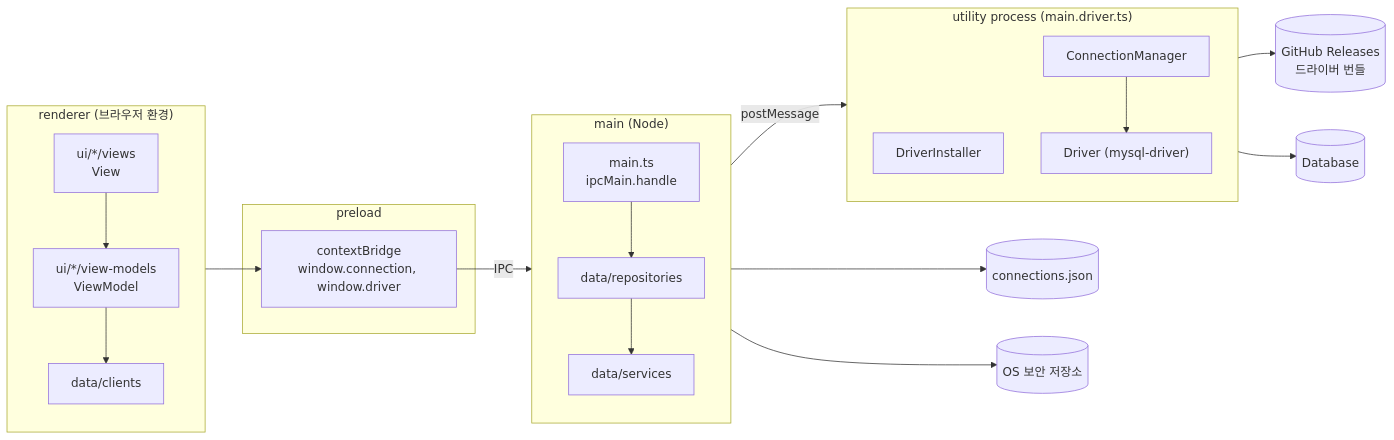
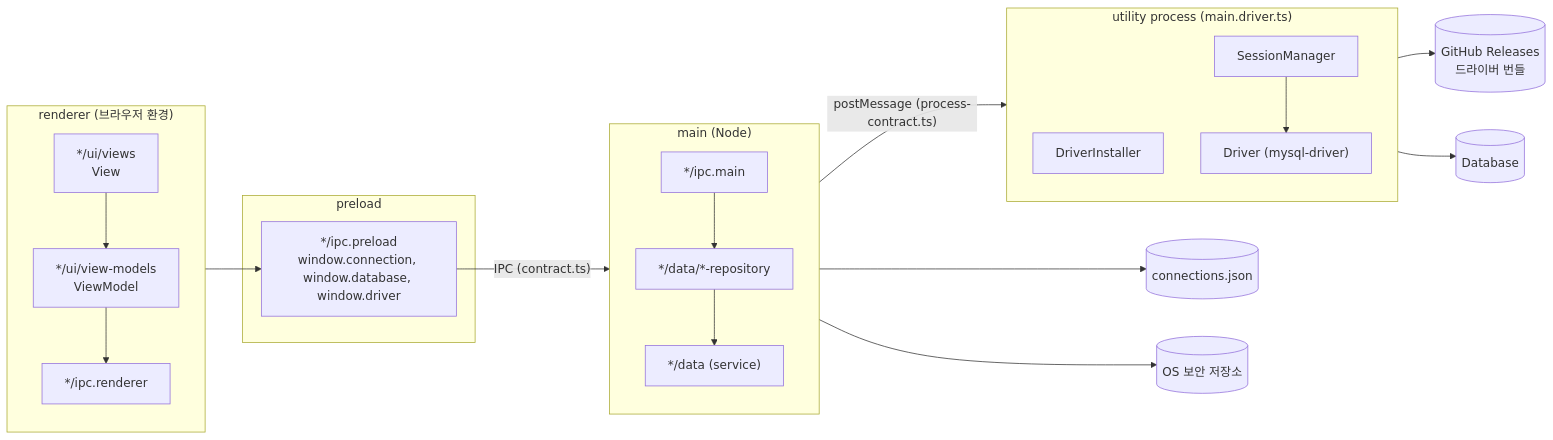
Before and after one commit to dimsssss/data-pump: the first of 3 diagrams in docs/architecture.md, drawn with Mermaid. The commit also changed other lines of this file and 101 other files, not shown here.

````diff
--- a/docs/architecture.md
+++ b/docs/architecture.md
@@ -25,33 +35,33 @@
 ```mermaid
 flowchart LR
   subgraph R["renderer (브라우저 환경)"]
     direction TB
-    V["ui/*/views<br/>View"] --> VM["ui/*/view-models<br/>ViewModel"]
-    VM --> C["data/clients"]
+    V["*/ui/views<br/>View"] --> VM["*/ui/view-models<br/>ViewModel"]
+    VM --> C["*/ipc.renderer"]
   end
 
   subgraph P["preload"]
-    B["contextBridge<br/>window.connection, window.driver"]
+    B["*/ipc.preload<br/>window.connection, window.database, window.driver"]
   end
 
   subgraph M["main (Node)"]
     direction TB
-    IPC["main.ts<br/>ipcMain.handle"] --> REPO["data/repositories"]
-    REPO --> SVC["data/services"]
+    IPC["*/ipc.main"] --> REPO["*/data/*-repository"]
+    REPO --> SVC["*/data (service)"]
   end
 
   subgraph U["utility process (main.driver.ts)"]
     direction TB
     INS["DriverInstaller"]
-    CM["ConnectionManager"] --> DRV["Driver (mysql-driver)"]
+    SM["SessionManager"] --> DRV["Driver (mysql-driver)"]
   end
 
   C --> B
-  B -- "IPC" --> IPC
-  SVC -- "postMessage" --> U
+  B -- "IPC (contract.ts)" --> IPC
+  SVC -- "postMessage (process-contract.ts)" --> U
 
   SVC --> FILE[("connections.json")]
   SVC --> KEY[("OS 보안 저장소")]
   INS --> GH[("GitHub Releases<br/>드라이버 번들")]
   DRV --> DB[("Database")]
 ```
````
